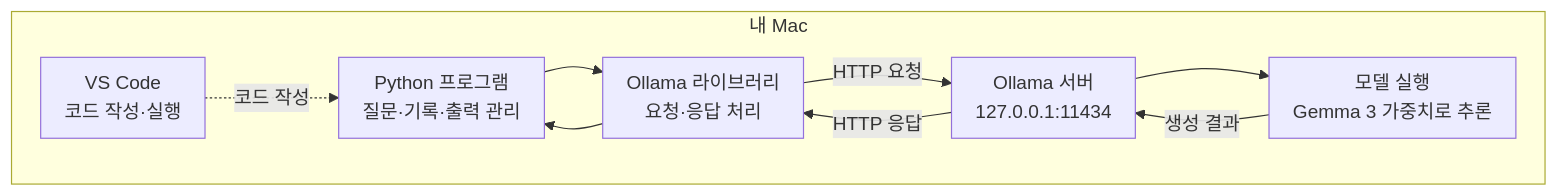
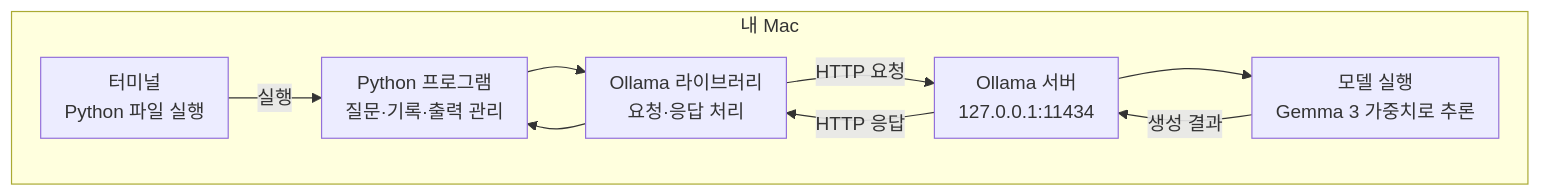
Before and after one commit to YoungsPlace/youngsplace.github.io: the first of 6 diagrams in content/local-ai-models-on-a-mac/week-02/index.md, drawn with Mermaid. The commit also changed other lines of this file, not shown here.

Commit message:
Place VS Code setup at the Python file authoring stage

```diff
--- a/content/local-ai-models-on-a-mac/week-02/index.md
+++ b/content/local-ai-models-on-a-mac/week-02/index.md
@@ -19,19 +19,19 @@
 {{< mermaid >}}
 %%{init: {"flowchart": {"rankSpacing": 24, "padding": 10}}}%%
 flowchart TB
     subgraph MAC["내 Mac"]
-        V["VS Code<br>코드 작성·실행"]
+        T["터미널<br>Python 파일 실행"]
         P["Python 프로그램<br>질문·기록·출력 관리"]
         L["Ollama 라이브러리<br>요청·응답 처리"]
         S["Ollama 서버<br>127.0.0.1:11434"]
         M["모델 실행<br>Gemma 3 가중치로 추론"]
 
-        V -. "코드 작성" .-> P
+        T -->|"실행"| P
         P --> L
         L -->|"HTTP 요청"| S
         S --> M
         M -->|"생성 결과"| S
         S -->|"HTTP 응답"| L
         L --> P
     end
 {{< /mermaid >}}
```
